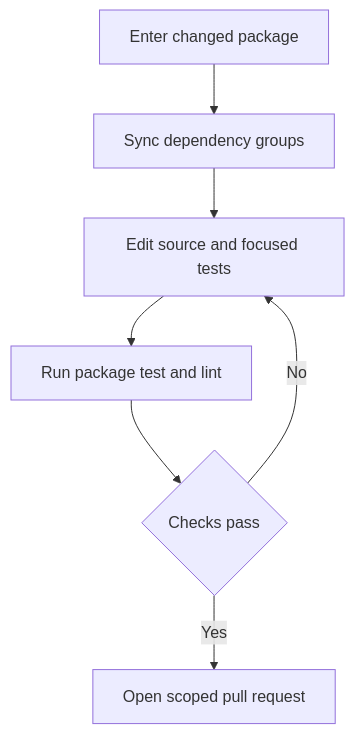
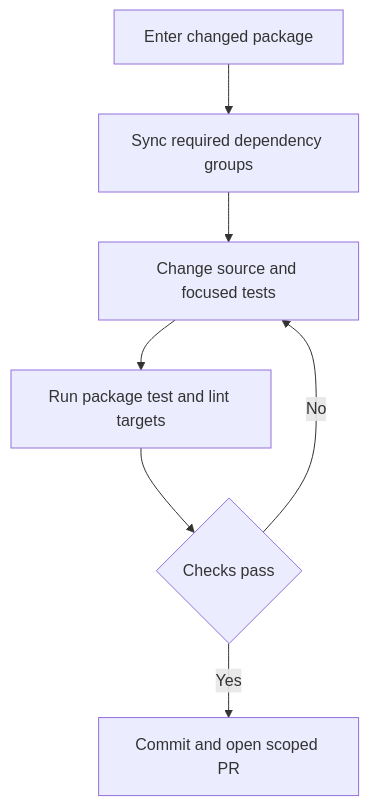
The first of 2 diagrams in openwiki/operations/development.md (langchain-ai/deepagents), drawn with Mermaid before and after one commit. The commit also changed other lines of this file and 55 other files, not shown here.

````diff
--- a/openwiki/operations/development.md
+++ b/openwiki/operations/development.md
@@ -95,9 +73,9 @@
 ```mermaid
 flowchart TD
-    Choose["Enter changed package"] --> Sync["Sync dependency groups"]
-    Sync --> Edit["Edit source and focused tests"]
-    Edit --> Validate["Run package test and lint"]
-    Validate --> Passed{"Checks pass"}
-    Passed -->|"No"| Edit
-    Passed -->|"Yes"| PullRequest["Open scoped pull request"]
+    Enter["Enter changed package"] --> Sync["Sync required dependency groups"]
+    Sync --> Change["Change source and focused tests"]
+    Change --> Validate["Run package test and lint targets"]
+    Validate --> Pass{"Checks pass"}
+    Pass -->|"No"| Change
+    Pass -->|"Yes"| Review["Commit and open scoped PR"]
 ```
````
